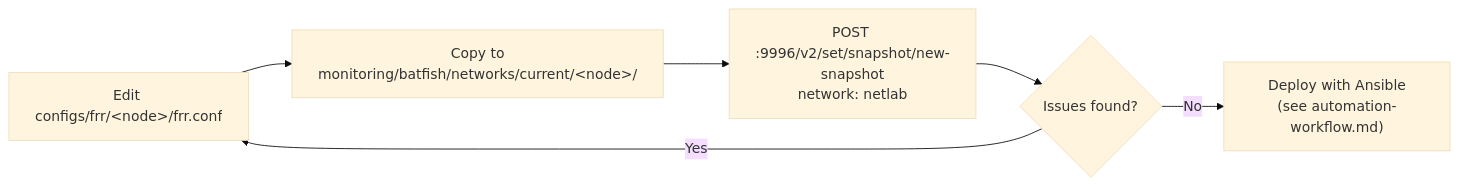
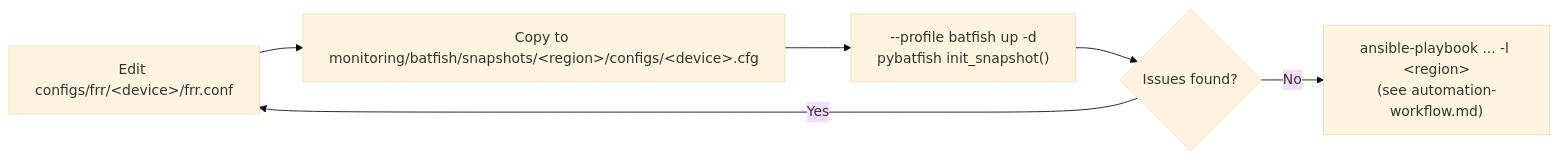
Before and after one commit to macrohard1970/ResilientCloud: the third of 3 diagrams in docs/diagrams/monitoring-observability.md, drawn with Mermaid (base theme). The commit also changed other lines of this file and 12 other files, not shown here.

First line of the commit message:
docs: align all docs and diagrams with the fixed lab; add CHANGELOG

````diff
--- a/docs/diagrams/monitoring-observability.md
+++ b/docs/diagrams/monitoring-observability.md
@@ -82,8 +93,8 @@
 ```mermaid
 flowchart LR
-    EDIT["Edit configs/frr/&lt;node&gt;/frr.conf"] --> COPY["Copy to<br/>monitoring/batfish/networks/current/&lt;node&gt;/"]
-    COPY --> SNAP["POST :9996/v2/set/snapshot/new-snapshot<br/>network: netlab"]
-    SNAP --> CHECK{"Issues found?"}
+    EDIT["Edit configs/frr/&lt;device&gt;/frr.conf"] --> COPY["Copy to monitoring/batfish/snapshots/&lt;region&gt;/configs/&lt;device&gt;.cfg"]
+    COPY --> RUN["--profile batfish up -d<br/>pybatfish init_snapshot()"]
+    RUN --> CHECK{"Issues found?"}
     CHECK -->|"Yes"| EDIT
-    CHECK -->|"No"| DEPLOY["Deploy with Ansible<br/>(see automation-workflow.md)"]
+    CHECK -->|"No"| DEPLOY["ansible-playbook ... -l &lt;region&gt;<br/>(see automation-workflow.md)"]
 ```
````
